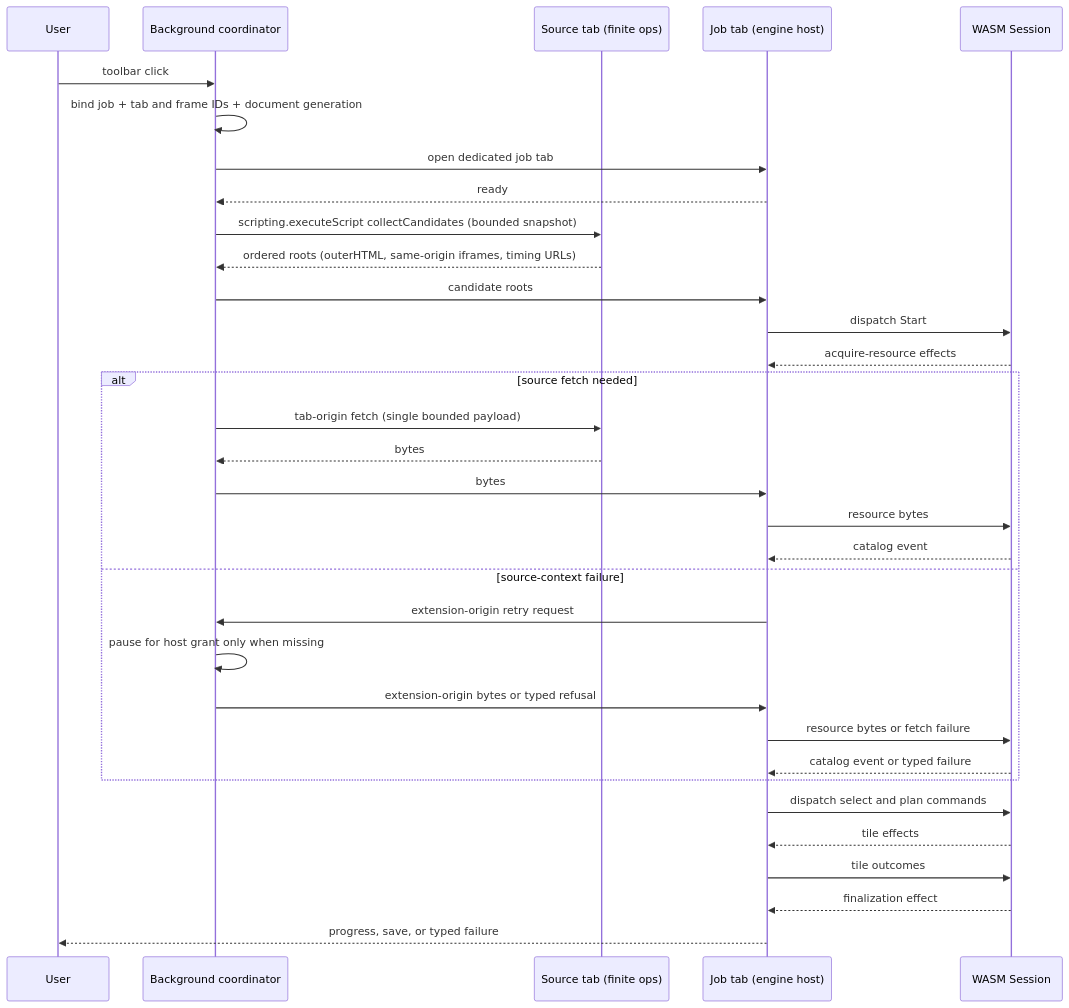
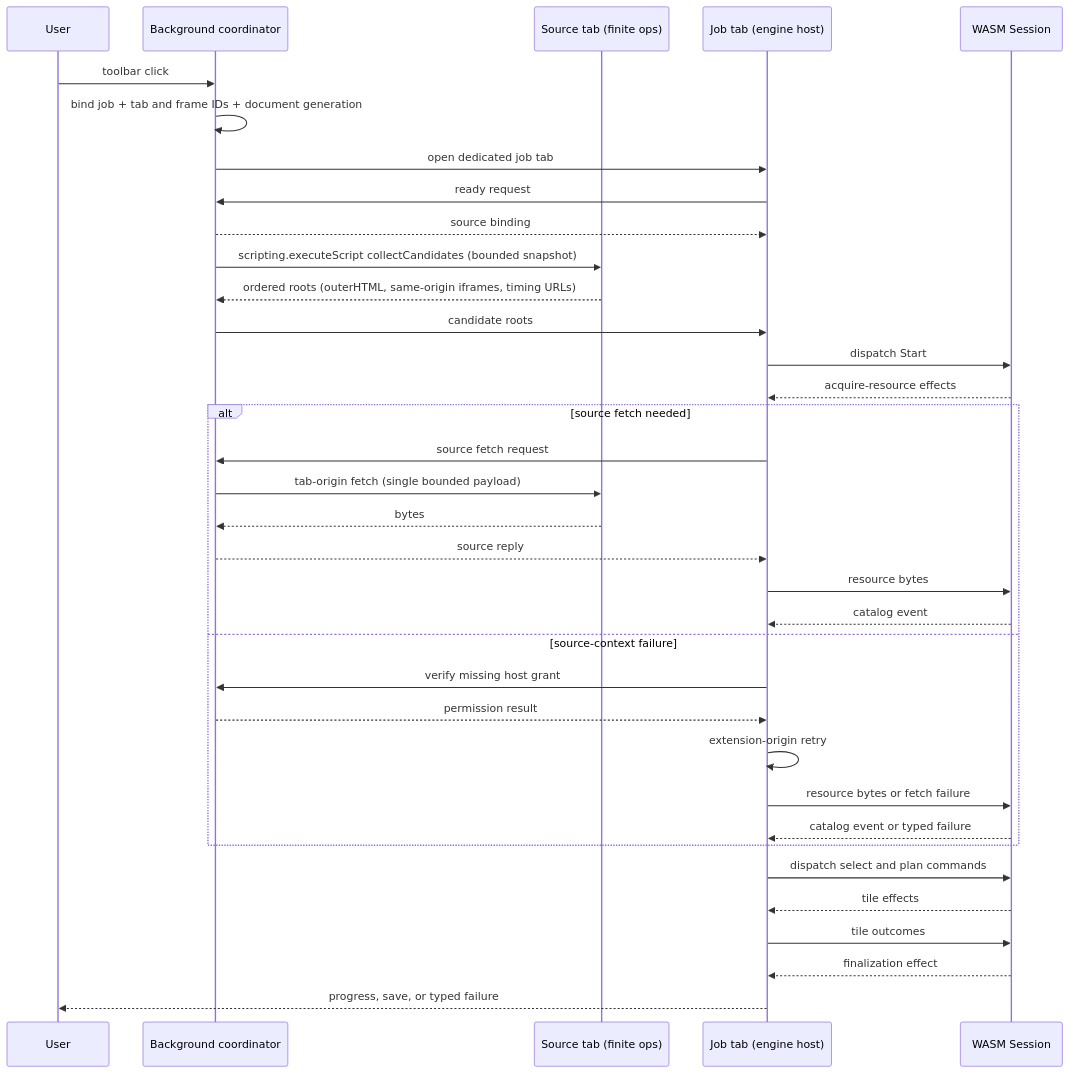
Before and after one commit to lovasoa/dezoomify: the diagram in docs/extension.md, drawn with Mermaid. The commit also changed other lines of this file and 10 other files, not shown here.

Commit message:
refactor(extension): split source bridge from coordinator

````diff
--- a/docs/extension.md
+++ b/docs/extension.md
@@ -47,35 +47,37 @@
 ```mermaid
 sequenceDiagram
     participant U as User
     participant B as Background coordinator
     participant S as Source tab (finite ops)
     participant J as Job tab (engine host)
     participant W as WASM Session
     U->>B: toolbar click
     B->>B: bind job + tab and frame IDs + document generation
     B->>J: open dedicated job tab
-    J-->>B: ready
+    J->>B: ready request
+    B-->>J: source binding
     B->>S: scripting.executeScript collectCandidates (bounded snapshot)
     S-->>B: ordered roots (outerHTML, same-origin iframes, timing URLs)
     B->>J: candidate roots
     J->>W: dispatch Start
     W-->>J: acquire-resource effects
     alt source fetch needed
+        J->>B: source fetch request
         B->>S: tab-origin fetch (single bounded payload)
         S-->>B: bytes
-        B->>J: bytes
+        B-->>J: source reply
         J->>W: resource bytes
         W-->>J: catalog event
     else source-context failure
-        J->>B: extension-origin retry request
-        B->>B: pause for host grant only when missing
-        B->>J: extension-origin bytes or typed refusal
+        J->>B: verify missing host grant
+        B-->>J: permission result
+        J->>J: extension-origin retry
         J->>W: resource bytes or fetch failure
         W-->>J: catalog event or typed failure
     end
     J->>W: dispatch select and plan commands
     W-->>J: tile effects
     J->>W: tile outcomes
     W-->>J: finalization effect
     J-->>U: progress, save, or typed failure
 ```
````
